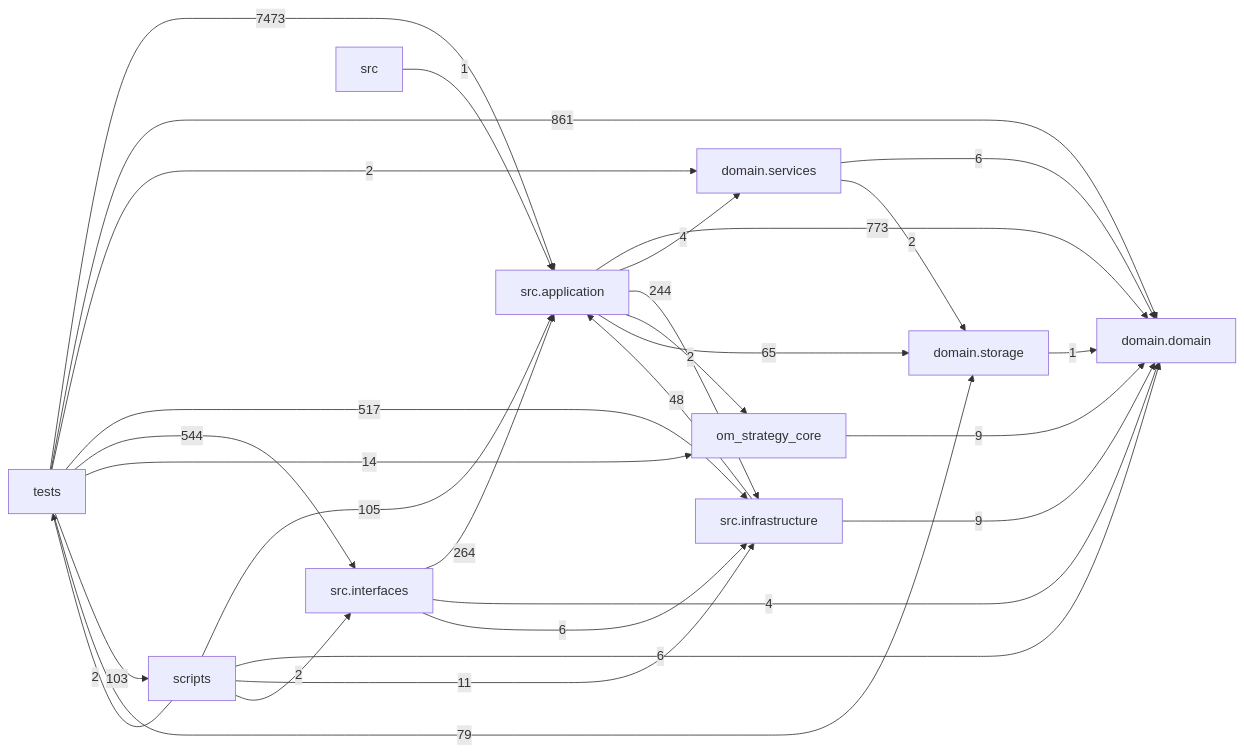
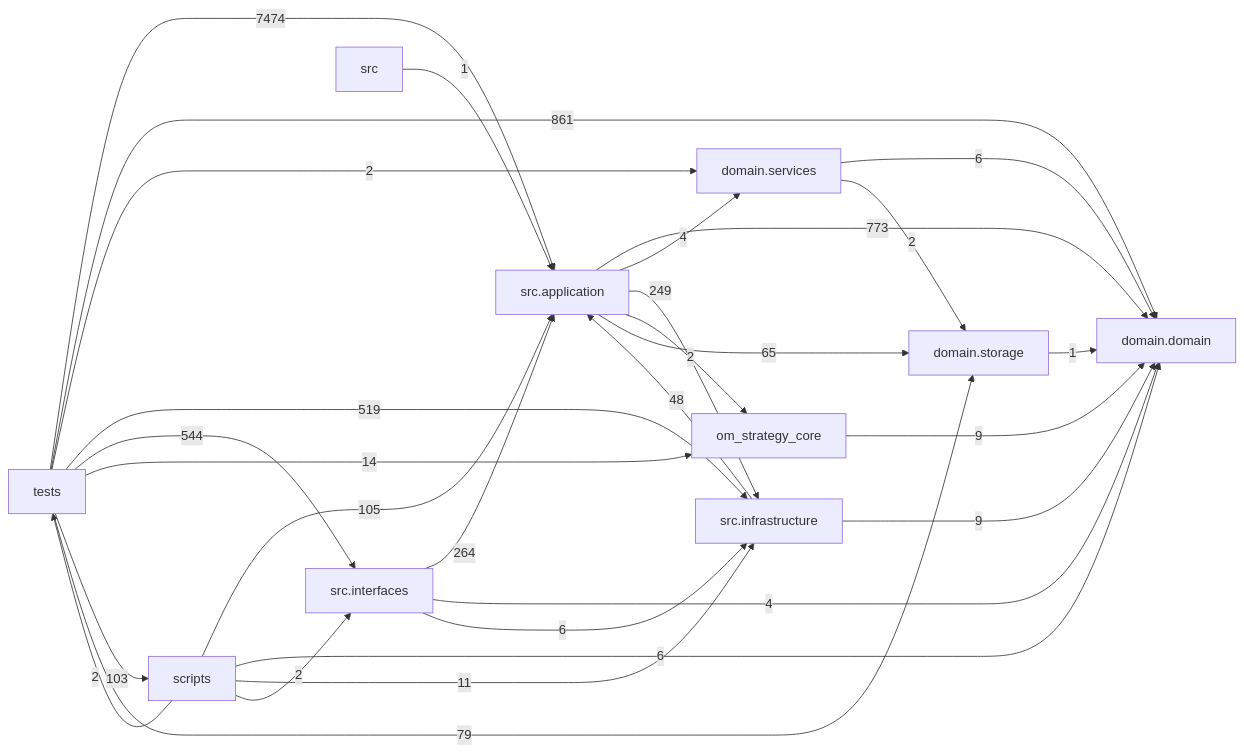
One commit to liuxie066/options-monitor changed the diagram in docs/DEPENDENCY_GRAPH.md. Above: the diagram before and after it, drawn with Mermaid. The commit also changed other lines of this file and 10 other files, not shown here.

````diff
--- a/docs/DEPENDENCY_GRAPH.md
+++ b/docs/DEPENDENCY_GRAPH.md
@@ -24,39 +24,39 @@
 ```mermaid
 flowchart LR
   tests["tests"]
   scripts["scripts"]
   interfaces["src.interfaces"]
   application["src.application"]
   infrastructure["src.infrastructure"]
   domain_services["domain.services"]
   domain["domain.domain"]
   storage["domain.storage"]
   application -->|773| domain
   application -->|4| domain_services
-  application -->|244| infrastructure
+  application -->|249| infrastructure
   application -->|2| om_strategy_core
   application -->|65| storage
   domain_services -->|6| domain
   domain_services -->|2| storage
   infrastructure -->|48| application
   infrastructure -->|9| domain
   interfaces -->|264| application
   interfaces -->|4| domain
   interfaces -->|6| infrastructure
   om_strategy_core -->|9| domain
   scripts -->|105| application
   scripts -->|6| domain
   scripts -->|11| infrastructure
   scripts -->|2| interfaces
   scripts -->|2| tests
   src -->|1| application
   storage -->|1| domain
-  tests -->|7473| application
+  tests -->|7474| application
   tests -->|861| domain
   tests -->|2| domain_services
-  tests -->|517| infrastructure
+  tests -->|519| infrastructure
   tests -->|544| interfaces
   tests -->|14| om_strategy_core
   tests -->|103| scripts
   tests -->|79| storage
 ```
````
